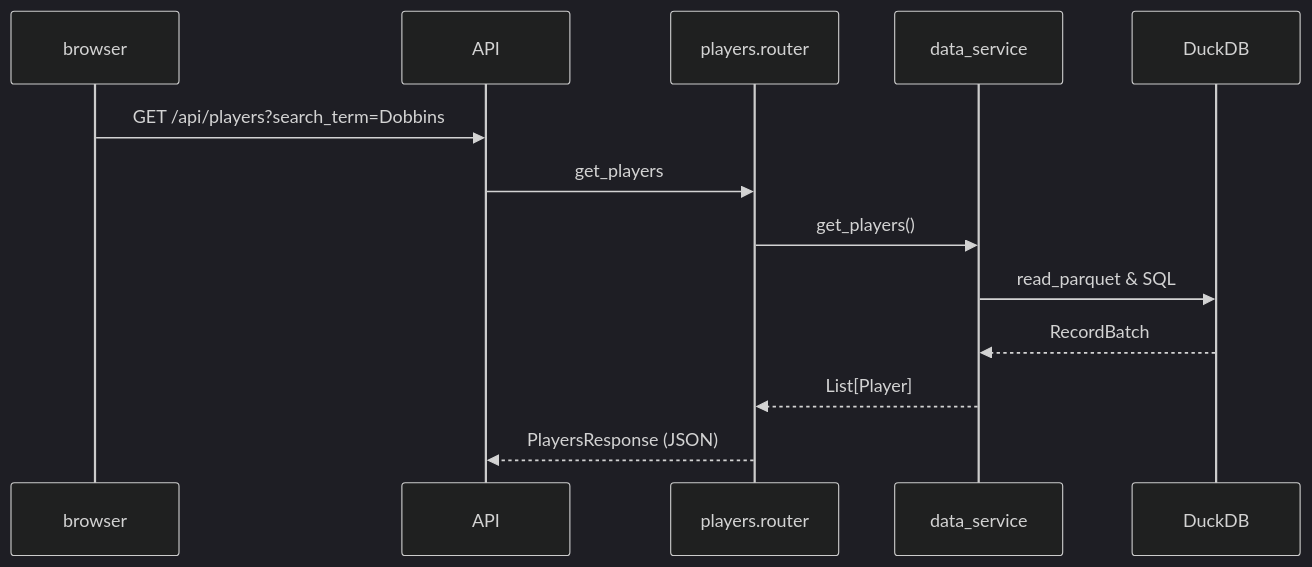
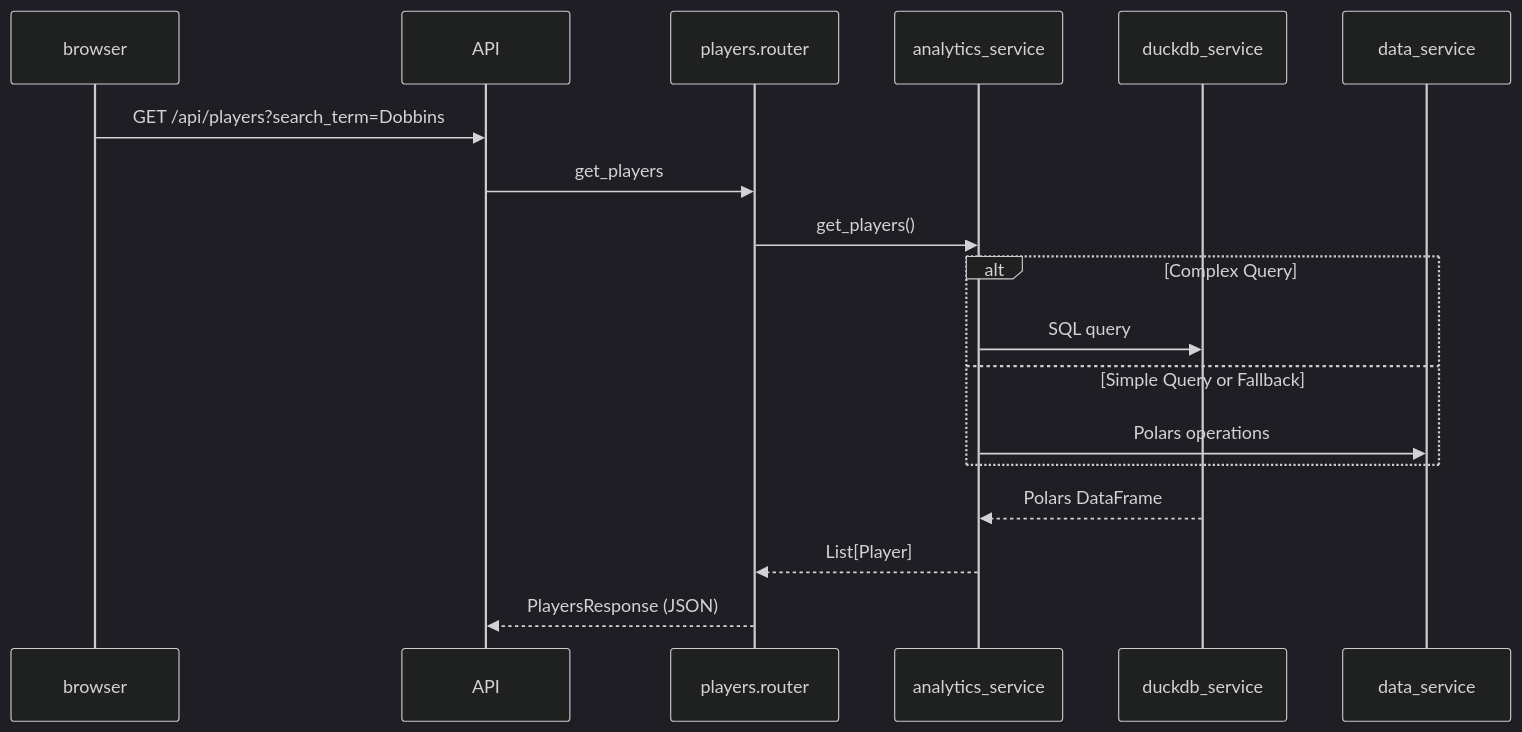
The first of 2 diagrams in docs/DEV_ARCHITECTURE.md (bsamaha/dk), drawn with Mermaid (dark theme) before and after one commit. The commit also changed other lines of this file and 22 other files, not shown here.

````diff
--- a/docs/DEV_ARCHITECTURE.md
+++ b/docs/DEV_ARCHITECTURE.md
@@ -26,10 +34,14 @@
 ```mermaid
 sequenceDiagram
     browser->>API: GET /api/players?search_term=Dobbins
     API->>players.router: get_players
-    players.router->>data_service: get_players()
-    data_service->>DuckDB: read_parquet & SQL
-    DuckDB-->>data_service: RecordBatch
-    data_service-->>players.router: List[Player]
+    players.router->>analytics_service: get_players()
+    alt Complex Query
+        analytics_service->>duckdb_service: SQL query
+    else Simple Query or Fallback
+        analytics_service->>data_service: Polars operations
+    end
+    duckdb_service-->>analytics_service: Polars DataFrame
+    analytics_service-->>players.router: List[Player]
     players.router-->>API: PlayersResponse (JSON)
 ```
````
